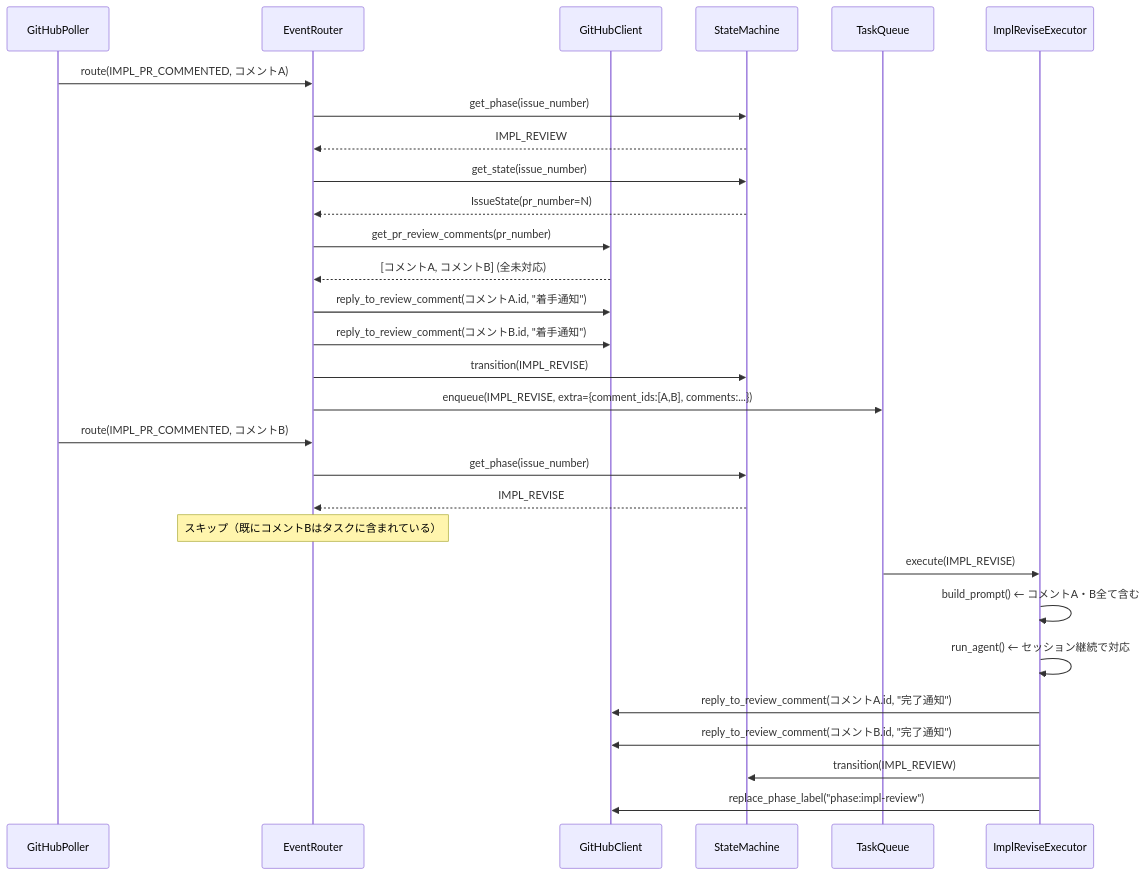
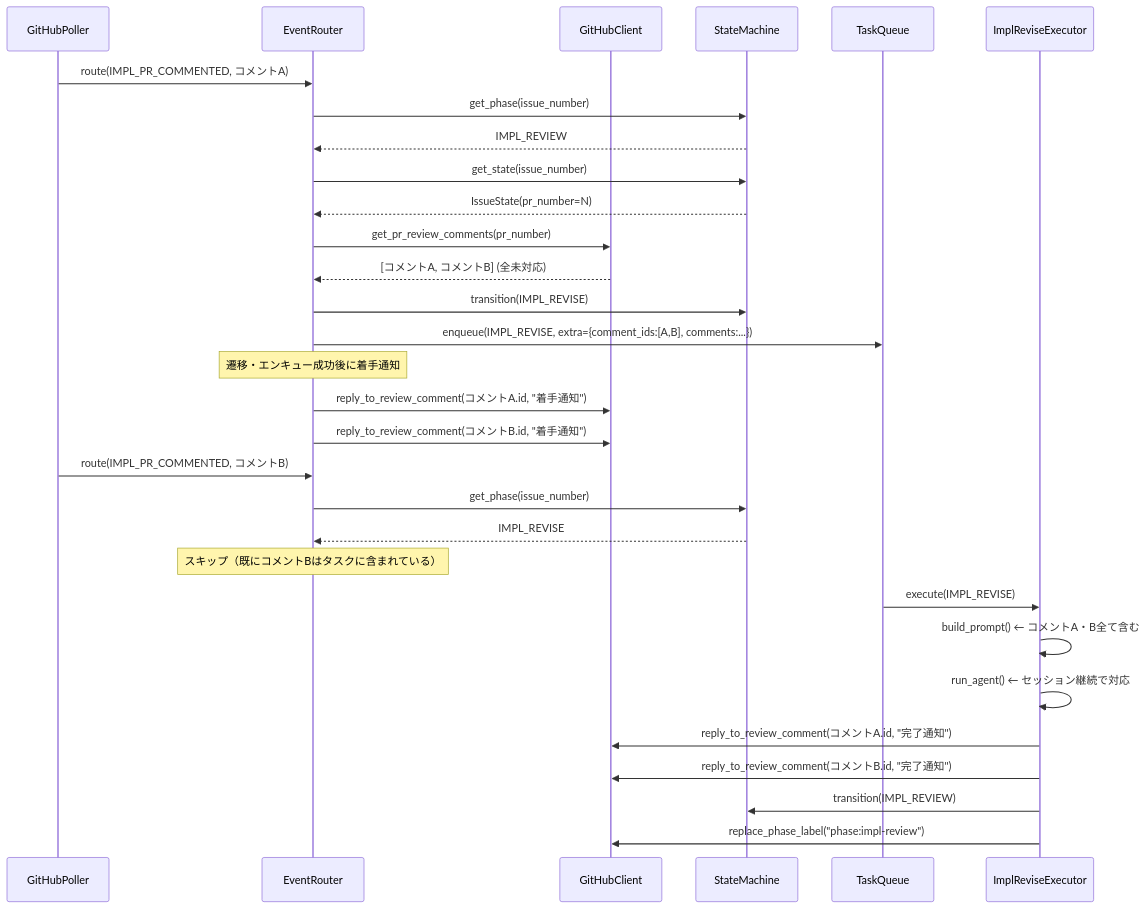
The diagram in docs/designs/issue-69.md (Akihiro1028Bad/ai-agent-team2), drawn with Mermaid before and after one commit. The commit also changed other lines of this file, not shown here.

First line of the commit message:
fix: 設計書のフロー図・シーケンス図を着手通知タイミング修正に合わせて更新

````diff
--- a/docs/designs/issue-69.md
+++ b/docs/designs/issue-69.md
@@ -101,35 +101,36 @@
 ```mermaid
 sequenceDiagram
     participant P as GitHubPoller
     participant ER as EventRouter
     participant GH as GitHubClient
     participant SM as StateMachine
     participant Q as TaskQueue
     participant IR as ImplReviseExecutor
 
     P->>ER: route(IMPL_PR_COMMENTED, コメントA)
     ER->>SM: get_phase(issue_number)
     SM-->>ER: IMPL_REVIEW
     ER->>SM: get_state(issue_number)
     SM-->>ER: IssueState(pr_number=N)
     ER->>GH: get_pr_review_comments(pr_number)
     GH-->>ER: [コメントA, コメントB] (全未対応)
+    ER->>SM: transition(IMPL_REVISE)
+    ER->>Q: enqueue(IMPL_REVISE, extra={comment_ids:[A,B], comments:...})
+    Note over ER: 遷移・エンキュー成功後に着手通知
     ER->>GH: reply_to_review_comment(コメントA.id, "着手通知")
     ER->>GH: reply_to_review_comment(コメントB.id, "着手通知")
-    ER->>SM: transition(IMPL_REVISE)
-    ER->>Q: enqueue(IMPL_REVISE, extra={comment_ids:[A,B], comments:...})
 
     P->>ER: route(IMPL_PR_COMMENTED, コメントB)
     ER->>SM: get_phase(issue_number)
     SM-->>ER: IMPL_REVISE
     Note over ER: スキップ（既にコメントBはタスクに含まれている）
 
     Q->>IR: execute(IMPL_REVISE)
     IR->>IR: build_prompt() ← コメントA・B全て含む
     IR->>IR: run_agent() ← セッション継続で対応
 
     IR->>GH: reply_to_review_comment(コメントA.id, "完了通知")
     IR->>GH: reply_to_review_comment(コメントB.id, "完了通知")
     IR->>SM: transition(IMPL_REVIEW)
     IR->>GH: replace_phase_label("phase:impl-review")
 ```
````
